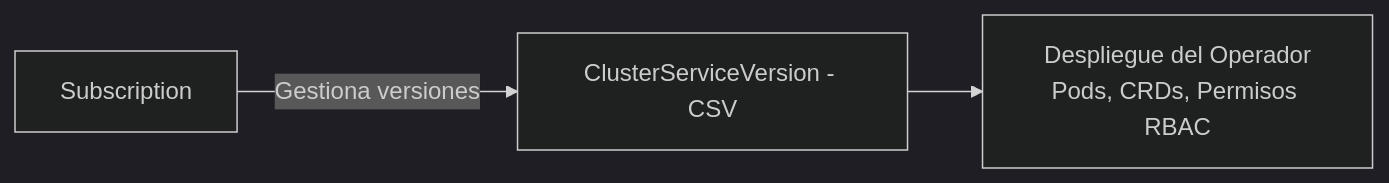
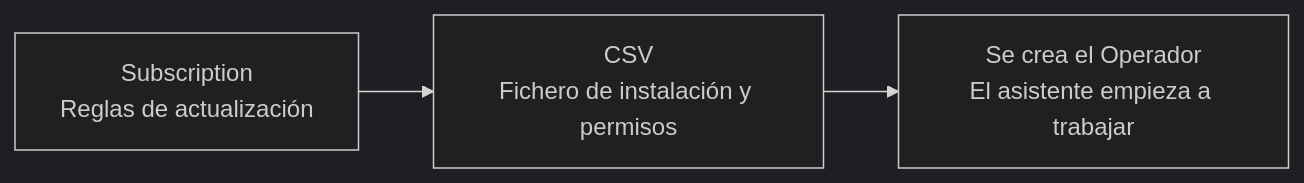
Before and after one commit to ieftraining/curso-openshift: the third of 3 diagrams in docs/sesion3/3.7 Operadores.md, drawn with Mermaid (dark theme). The commit also changed other lines of this file, not shown here.

````diff
--- a/docs/sesion3/3.7 Operadores.md
+++ b/docs/sesion3/3.7 Operadores.md
@@ -60,5 +66,5 @@
 ```mermaid
 flowchart LR
-    A[Subscription] -->|Gestiona versiones| B[ClusterServiceVersion - CSV]
-    B --> C[Despliegue del Operador<br>Pods, CRDs, Permisos RBAC]
+    A[Subscription<br>Reglas de actualización] --> B[CSV<br>Fichero de instalación y permisos]
+    B --> C[Se crea el Operador<br>El asistente empieza a trabajar]
 ```
````
